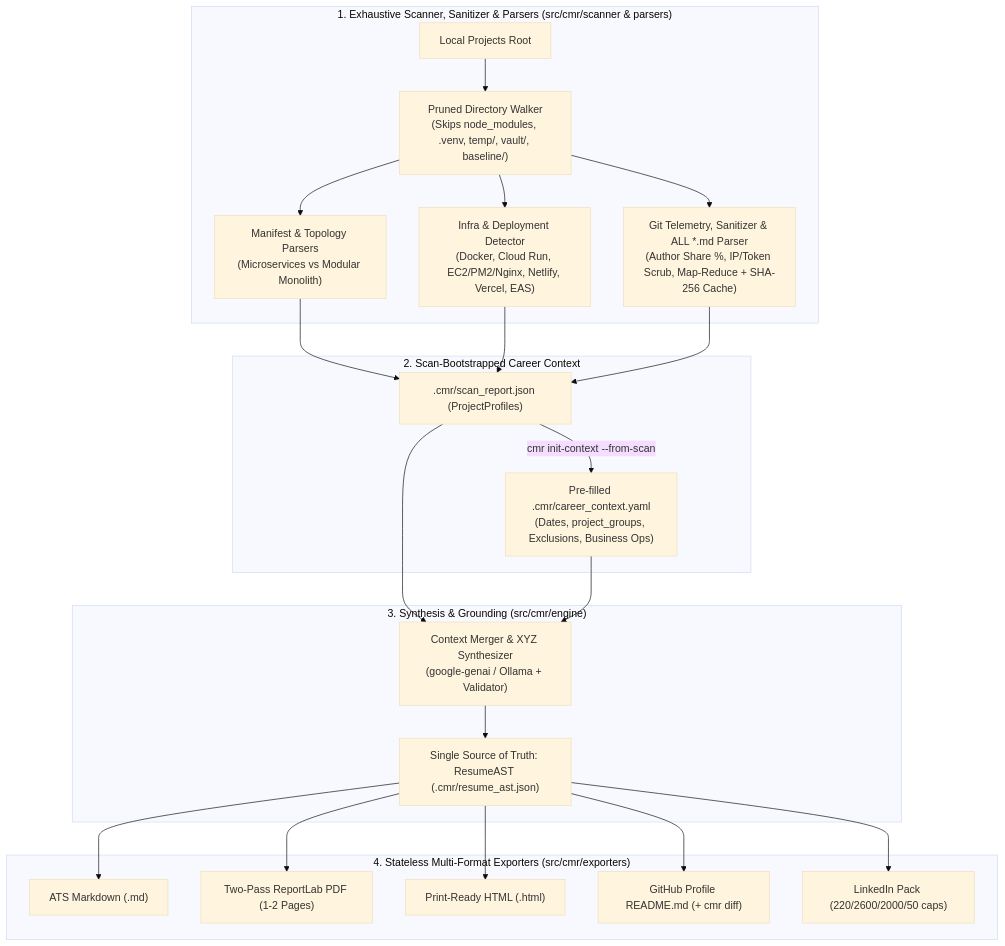
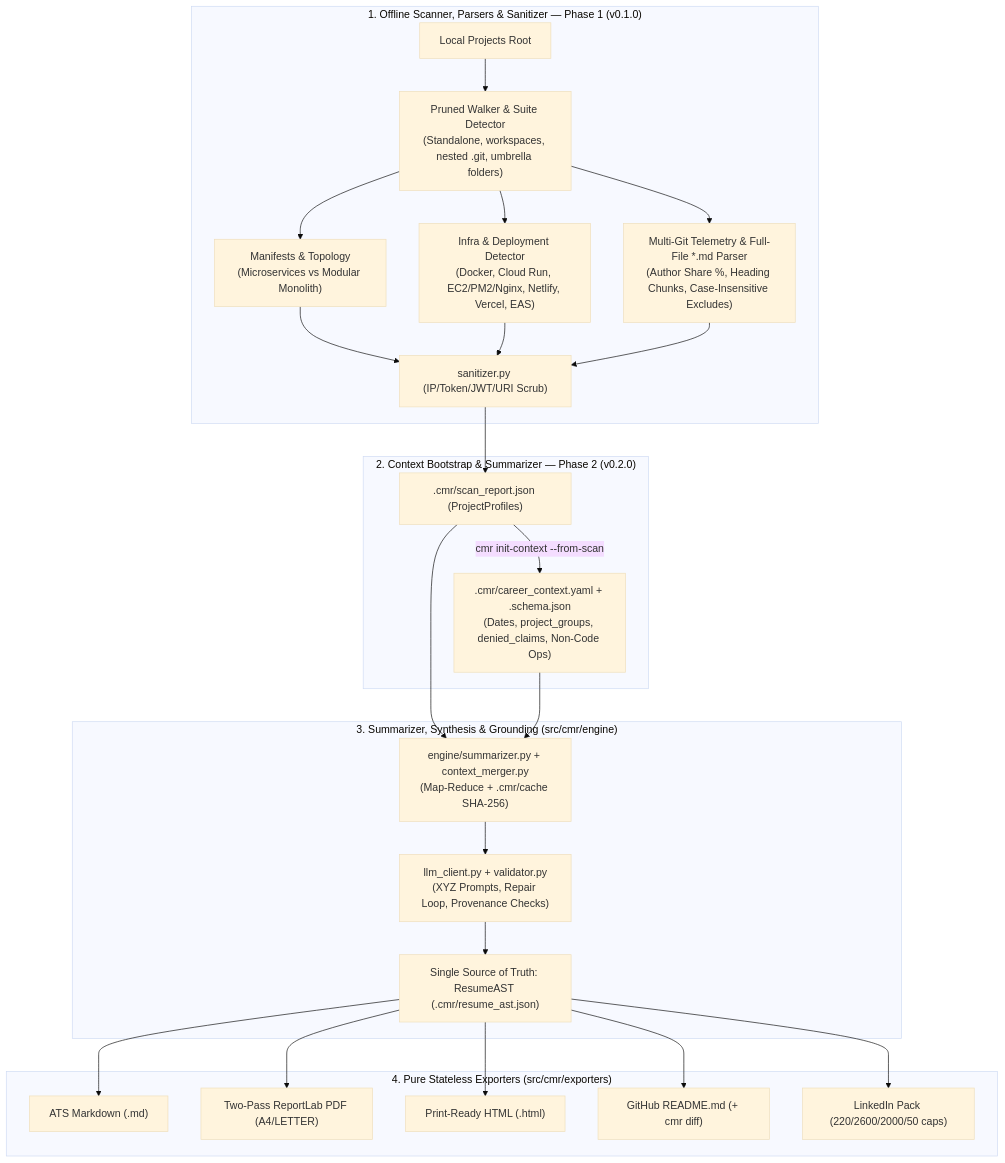
One commit to skr2270/CodeMyResume changed the diagram in README.md. Above: the diagram before and after it, drawn with Mermaid (base theme). The commit also changed other lines of this file and 22 other files, not shown here.

Commit message:
docs: add EXPORTERS_SPEC, starter configs, OSS templates, CI workflow, and align pre-Phase-1 specs

````diff
--- a/README.md
+++ b/README.md
@@ -48,28 +48,29 @@
 ```mermaid
 flowchart TD
-    subgraph Ingestion ["1. Exhaustive Scanner, Sanitizer & Parsers (src/cmr/scanner & parsers)"]
-        A["Local Projects Root"] --> B["Pruned Directory Walker<br/>(Skips node_modules, .venv, temp/, vault/, baseline/)"]
-        B --> C["Manifest & Topology Parsers<br/>(Microservices vs Modular Monolith)"]
+    subgraph Ingestion ["1. Offline Scanner, Parsers & Sanitizer — Phase 1 (v0.1.0)"]
+        A["Local Projects Root"] --> B["Pruned Walker & Suite Detector<br/>(Standalone, workspaces, nested .git, umbrella folders)"]
+        B --> C["Manifests & Topology<br/>(Microservices vs Modular Monolith)"]
         B --> D["Infra & Deployment Detector<br/>(Docker, Cloud Run, EC2/PM2/Nginx, Netlify, Vercel, EAS)"]
-        B --> E["Git Telemetry, Sanitizer & ALL *.md Parser<br/>(Author Share %, IP/Token Scrub, Map-Reduce + SHA-256 Cache)"]
+        B --> E["Multi-Git Telemetry & Full-File *.md Parser<br/>(Author Share %, Heading Chunks, Case-Insensitive Excludes)"]
+        C & D & E --> F["sanitizer.py (IP/Token/JWT/URI Scrub)"]
     end
 
-    subgraph Context ["2. Scan-Bootstrapped Career Context"]
-        C & D & E --> F[".cmr/scan_report.json (ProjectProfiles)"]
-        F -->|"cmr init-context --from-scan"| G["Pre-filled .cmr/career_context.yaml<br/>(Dates, project_groups, Exclusions, Business Ops)"]
+    subgraph Context ["2. Context Bootstrap & Summarizer — Phase 2 (v0.2.0)"]
+        F --> G[".cmr/scan_report.json (ProjectProfiles)"]
+        G -->|"cmr init-context --from-scan"| H[".cmr/career_context.yaml + .schema.json<br/>(Dates, project_groups, denied_claims, Non-Code Ops)"]
     end
 
-    subgraph Grounding ["3. Synthesis & Grounding (src/cmr/engine)"]
-        F --> H["Context Merger & XYZ Synthesizer<br/>(google-genai / Ollama + Validator)"]
-        G --> H
-        H --> I["Single Source of Truth: ResumeAST (.cmr/resume_ast.json)"]
+    subgraph Grounding ["3. Summarizer, Synthesis & Grounding (src/cmr/engine)"]
+        G & H --> I["engine/summarizer.py + context_merger.py<br/>(Map-Reduce + .cmr/cache SHA-256)"]
+        I --> J["llm_client.py + validator.py<br/>(XYZ Prompts, Repair Loop, Provenance Checks)"]
+        J --> K["Single Source of Truth: ResumeAST (.cmr/resume_ast.json)"]
     end
 
-    subgraph Export ["4. Stateless Multi-Format Exporters (src/cmr/exporters)"]
-        I --> J["ATS Markdown (.md)"]
-        I --> K["Two-Pass ReportLab PDF (1-2 Pages)"]
-        I --> L["Print-Ready HTML (.html)"]
-        I --> M["GitHub Profile README.md (+ cmr diff)"]
-        I --> N["LinkedIn Pack (220/2600/2000/50 caps)"]
+    subgraph Export ["4. Pure Stateless Exporters (src/cmr/exporters)"]
+        K --> L["ATS Markdown (.md)"]
+        K --> M["Two-Pass ReportLab PDF (A4/LETTER)"]
+        K --> N["Print-Ready HTML (.html)"]
+        K --> O["GitHub README.md (+ cmr diff)"]
+        K --> P["LinkedIn Pack (220/2600/2000/50 caps)"]
     end
 ```
````
